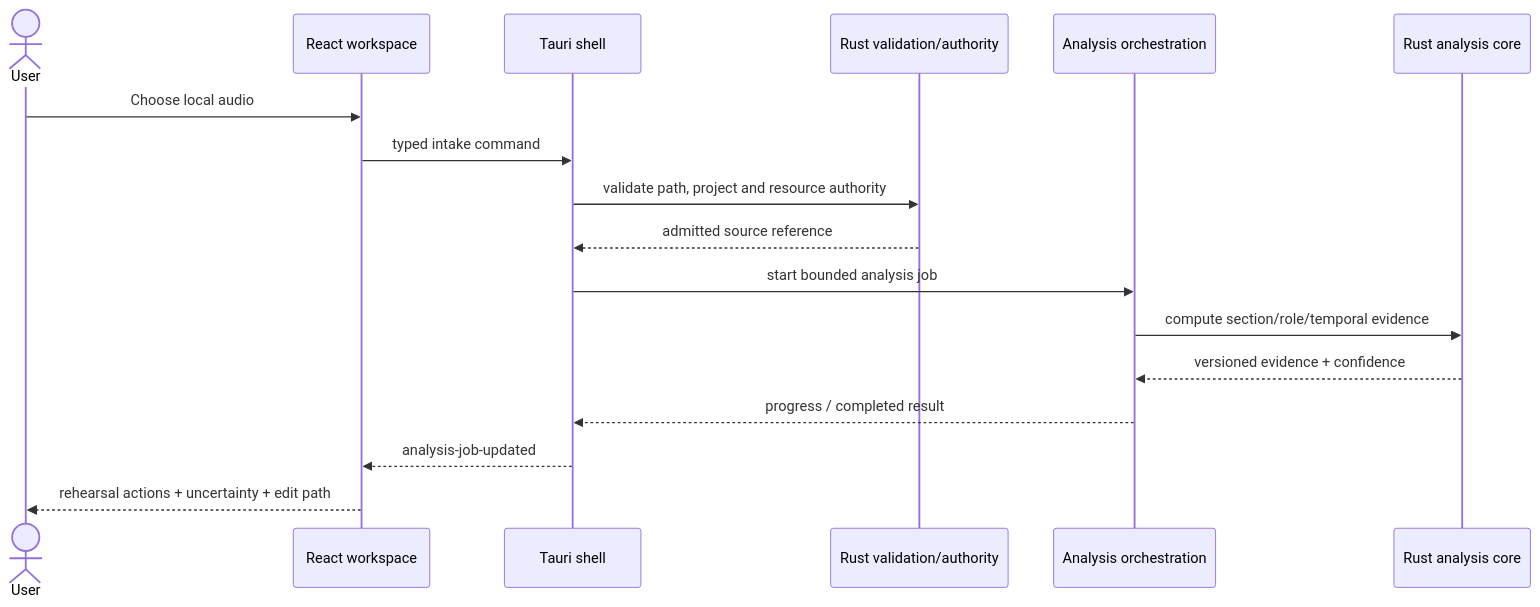
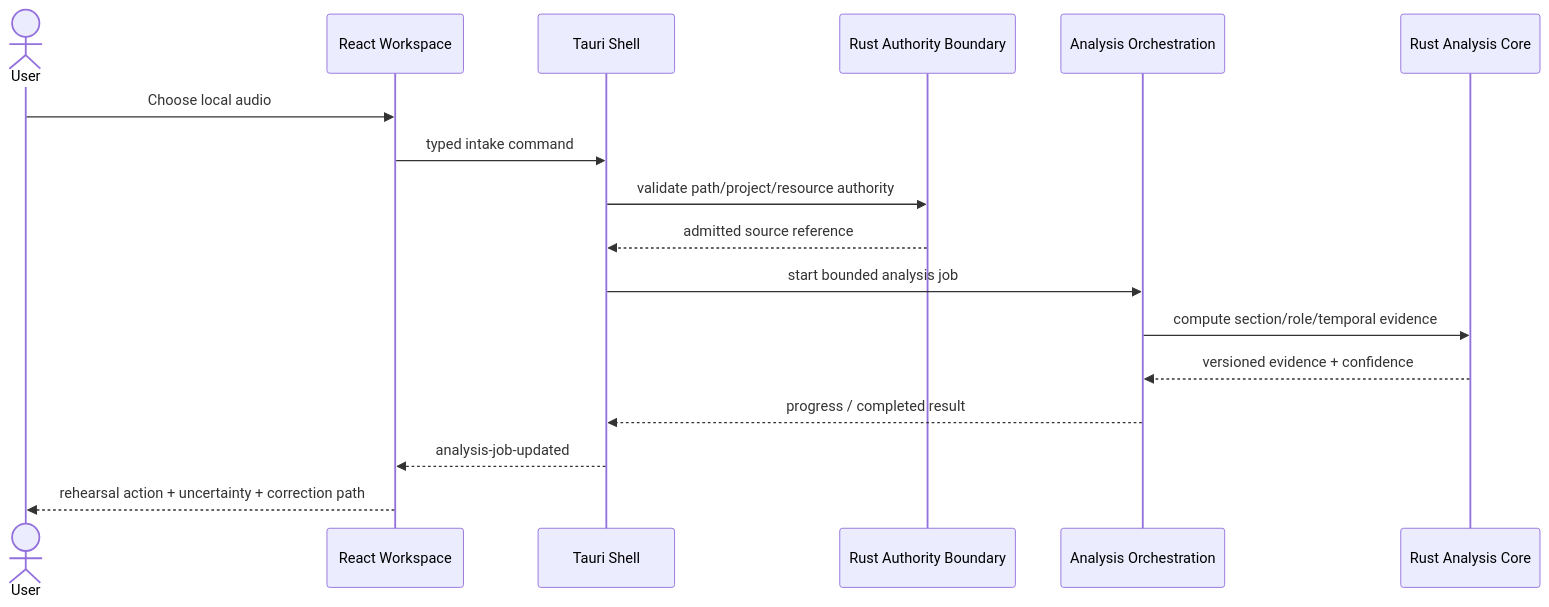
One commit to ContextualWisdomLab/bandscope changed the second of 3 diagrams in docs/product-technical-gap-baseline.md. Above: the diagram before and after it, drawn with Mermaid. The commit also changed other lines of this file, not shown here.

````diff
--- a/docs/product-technical-gap-baseline.md
+++ b/docs/product-technical-gap-baseline.md
@@ -248,20 +260,20 @@
 ```mermaid
 sequenceDiagram
     actor U as User
-    participant UI as React workspace
-    participant T as Tauri shell
-    participant V as Rust validation/authority
-    participant O as Analysis orchestration
-    participant R as Rust analysis core
+    participant UI as React Workspace
+    participant T as Tauri Shell
+    participant V as Rust Authority Boundary
+    participant O as Analysis Orchestration
+    participant R as Rust Analysis Core
 
     U->>UI: Choose local audio
     UI->>T: typed intake command
-    T->>V: validate path, project and resource authority
+    T->>V: validate path/project/resource authority
     V-->>T: admitted source reference
     T->>O: start bounded analysis job
     O->>R: compute section/role/temporal evidence
     R-->>O: versioned evidence + confidence
     O-->>T: progress / completed result
     T-->>UI: analysis-job-updated
-    UI-->>U: rehearsal actions + uncertainty + edit path
+    UI-->>U: rehearsal action + uncertainty + correction path
 ```
````
